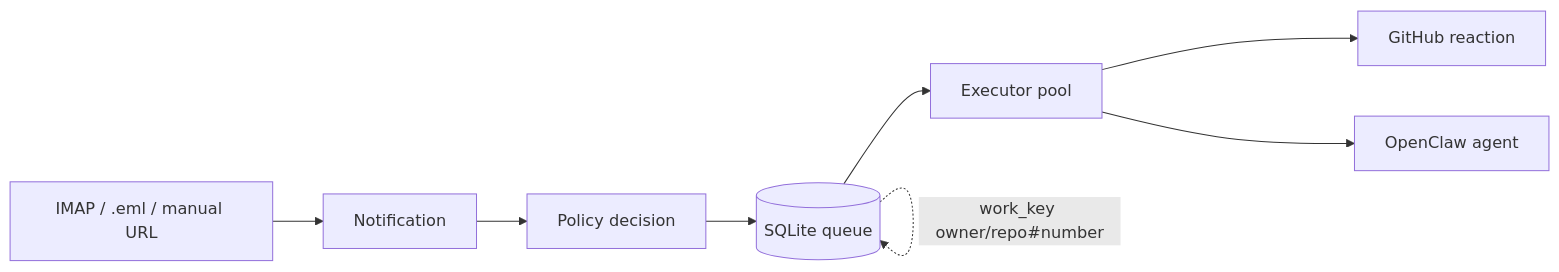
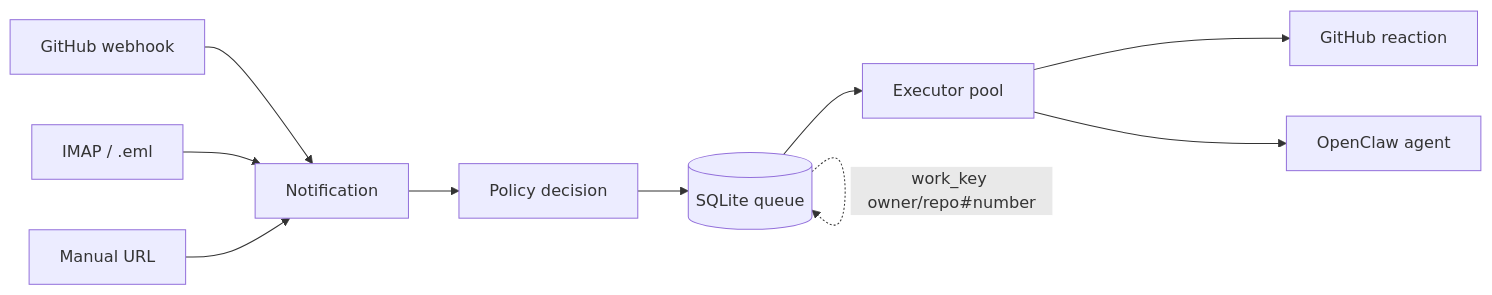
Before and after one commit to gisce/github-agent-bridge: the diagram in docs/architecture.md, drawn with Mermaid. The commit also changed other lines of this file and 8 other files, not shown here.

````diff
--- a/docs/architecture.md
+++ b/docs/architecture.md
@@ -5,11 +5,14 @@
 ```mermaid
 flowchart LR
-    A[IMAP / .eml / manual URL] --> B[Notification]
-    B --> C[Policy decision]
-    C --> D[(SQLite queue)]
-    D --> E[Executor pool]
-    E --> F[GitHub reaction]
-    E --> G[OpenClaw agent]
+    A[GitHub webhook] --> D[Notification]
+    B[IMAP / .eml] --> D
+    C[Manual URL] --> D
+    D --> E[Policy decision]
+    E --> F[(SQLite queue)]
+    F --> G[Executor pool]
+    G --> H[GitHub reaction]
+    G --> I[OpenClaw agent]
 
-    D -. work_key owner/repo#number .-> D
+    F -. canonical event identity .-> F
+    F -. work_key owner/repo#number .-> F
 ```
````
